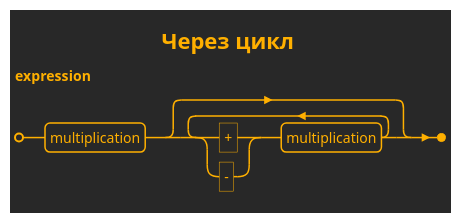
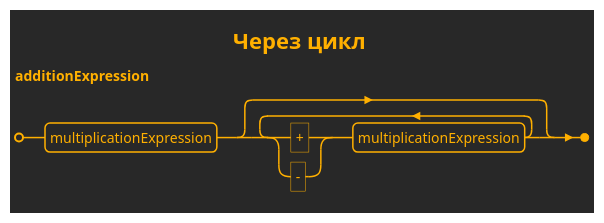
The seventh of 13 diagrams in Domain/MURQ.Domain/URQL/docs/URQL Lines Syntax.md (realsonic/MURQ), drawn with PlantUML before and after one commit. The commit also changed other lines of this file and 9 other files, not shown here.

````diff
--- a/Domain/MURQ.Domain/URQL/docs/URQL Lines Syntax.md
+++ b/Domain/MURQ.Domain/URQL/docs/URQL Lines Syntax.md
@@ -154,9 +159,7 @@
 ```plantuml
-@startebnf Адаптация expression через цикл
+@startebnf Адаптация additionExpression через цикл
 !theme crt-amber
-
 title Через цикл
-
-expression = multiplication, { ('+' | '-'), multiplication };
+additionExpression = multiplicationExpression, { ('+' | '-'), multiplicationExpression };
 @endebnf
 ```
````
